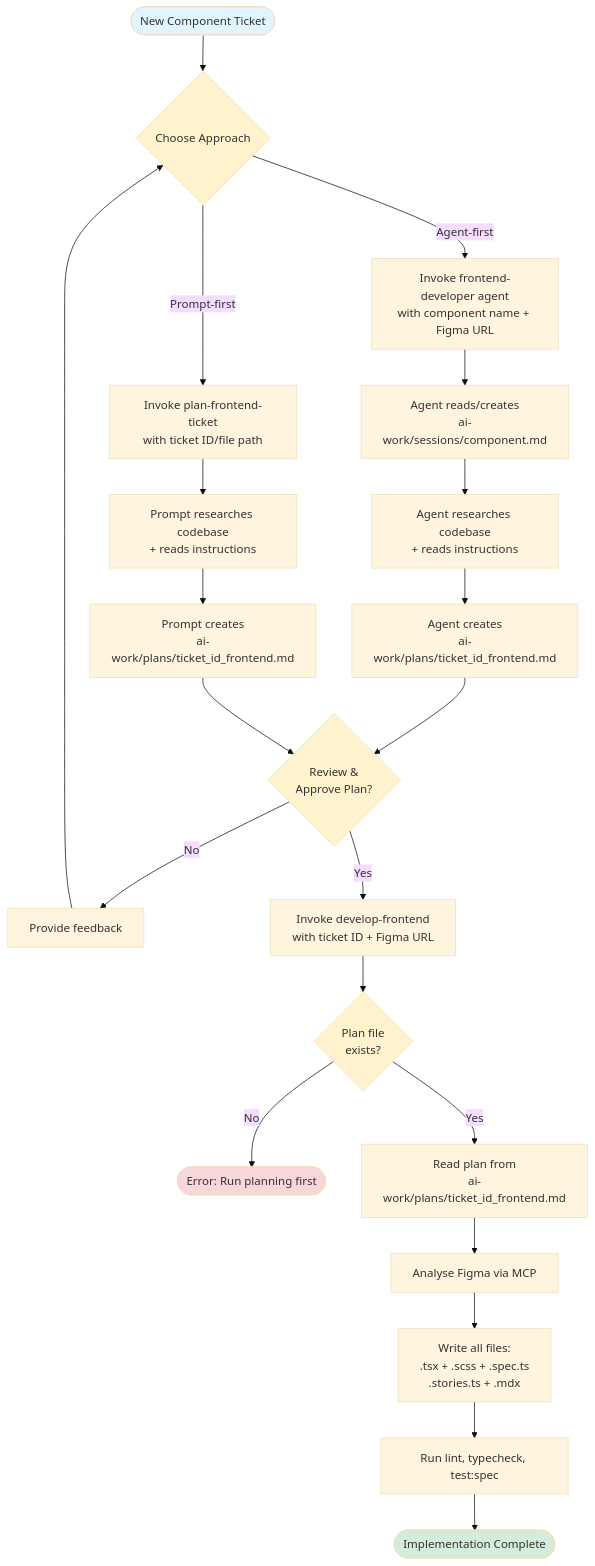
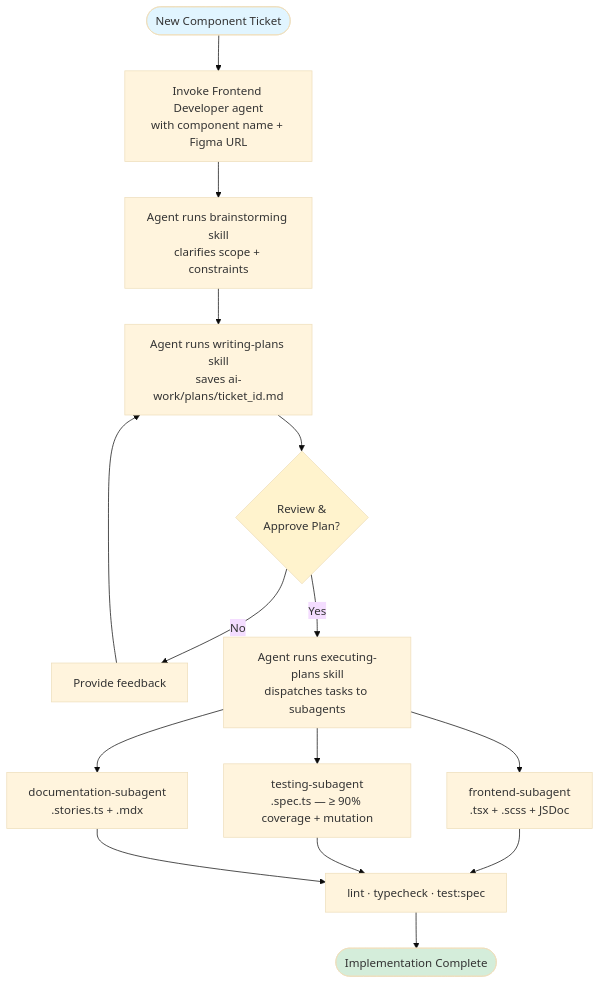
Before and after one commit to dgonzalezts/boreal-ds-ai: the first of 2 diagrams in .agents/README.md, drawn with Mermaid (base theme). The commit also changed other lines of this file and 4 other files, not shown here.

````diff
--- a/.agents/README.md
+++ b/.agents/README.md
@@ -23,40 +26,28 @@
 ```mermaid
 flowchart TD
     Start([New Component Ticket])
 
-    Start --> Choice{Choose Approach}
+    Start --> Agent[Invoke Frontend Developer agent<br/>with component name + Figma URL]
 
-    Choice -->|Agent-first| Agent[Invoke frontend-developer agent<br/>with component name + Figma URL]
-    Choice -->|Prompt-first| PlanPrompt[Invoke plan-frontend-ticket<br/>with ticket ID/file path]
+    Agent --> Brainstorm[Agent runs brainstorming skill<br/>clarifies scope + constraints]
+    Brainstorm --> Plan[Agent runs writing-plans skill<br/>saves ai-work/plans/ticket_id.md]
 
-    Agent --> Session[Agent reads/creates<br/>ai-work/sessions/component.md]
-    Session --> Research[Agent researches codebase<br/>+ reads instructions]
-    Research --> AgentPlan[Agent creates<br/>ai-work/plans/ticket_id_frontend.md]
+    Plan --> Review{Review &<br/>Approve Plan?}
+    Review -->|No| Revise[Provide feedback]
+    Revise --> Plan
 
-    PlanPrompt --> PromptResearch[Prompt researches codebase<br/>+ reads instructions]
-    PromptResearch --> PromptPlan[Prompt creates<br/>ai-work/plans/ticket_id_frontend.md]
+    Review -->|Yes| Execute[Agent runs executing-plans skill<br/>dispatches tasks to subagents]
 
-    AgentPlan --> Review{Review &<br/>Approve Plan?}
-    PromptPlan --> Review
+    Execute --> Impl[frontend-subagent<br/>.tsx + .scss + JSDoc]
+    Execute --> Tests[testing-subagent<br/>.spec.ts — ≥ 90% coverage + mutation]
+    Execute --> Docs[documentation-subagent<br/>.stories.ts + .mdx]
 
-    Review -->|No| Revise[Provide feedback]
-    Revise --> Choice
-
-    Review -->|Yes| DevPrompt[Invoke develop-frontend<br/>with ticket ID + Figma URL]
-
-    DevPrompt --> CheckPlan{Plan file<br/>exists?}
-    CheckPlan -->|No| Stop([Error: Run planning first])
-    CheckPlan -->|Yes| ReadPlan[Read plan from<br/>ai-work/plans/ticket_id_frontend.md]
-
-    ReadPlan --> Figma[Analyse Figma via MCP]
-    Figma --> Implement[Write all files:<br/>.tsx + .scss + .spec.ts<br/>.stories.ts + .mdx]
-    Implement --> QualityGates[Run lint, typecheck, test:spec]
-    QualityGates --> Done([Implementation Complete])
+    Impl --> QA[lint · typecheck · test:spec]
+    Tests --> QA
+    Docs --> QA
+    QA --> Done([Implementation Complete])
 
     style Start fill:#e1f5ff
     style Done fill:#d4edda
-    style Stop fill:#f8d7da
-    style Choice fill:#fff3cd
     style Review fill:#fff3cd
-    style CheckPlan fill:#fff3cd
 ```
````
